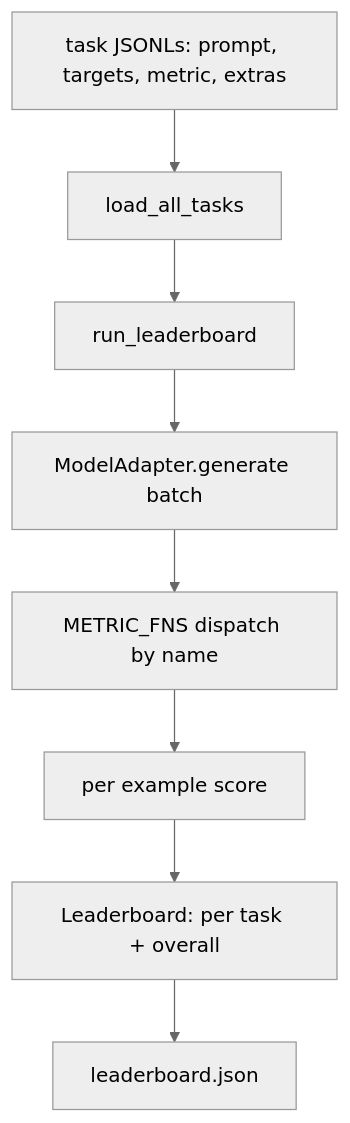
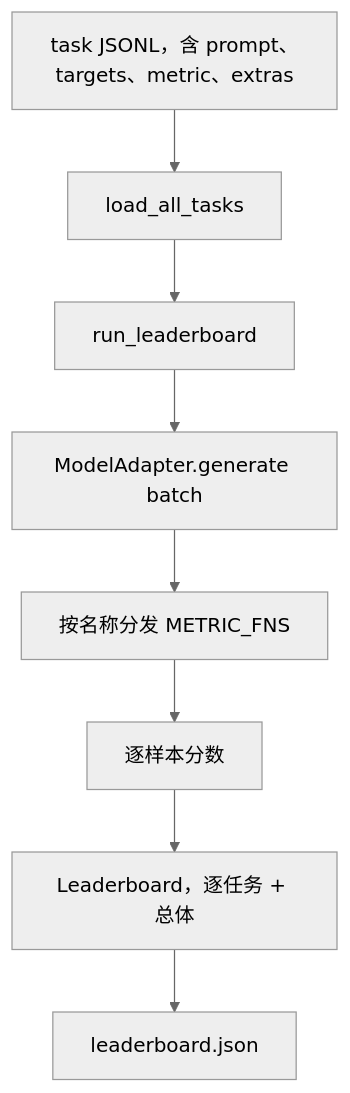
One commit to JerryC8080/ai-engineering-from-scratch-zh changed the first of 2 diagrams in phases/19-capstone-projects/49-lm-eval-harness/docs/zh.md. Above: the diagram before and after it, drawn with Mermaid (neutral theme). The commit also changed other lines of this file and 156 other files, not shown here.

First line of the commit message:
i18n(zh): translate mermaid diagram labels in 157 lesson zh.md

````diff
--- a/phases/19-capstone-projects/49-lm-eval-harness/docs/zh.md
+++ b/phases/19-capstone-projects/49-lm-eval-harness/docs/zh.md
@@ -29,10 +29,10 @@
 ```mermaid
 flowchart TD
-  tasks[task JSONLs: prompt, targets, metric, extras] --> loader[load_all_tasks]
+  tasks[task JSONL，含 prompt、targets、metric、extras] --> loader[load_all_tasks]
   loader --> runner[run_leaderboard]
   runner --> adapter[ModelAdapter.generate batch]
-  adapter --> metrics[METRIC_FNS dispatch by name]
-  metrics --> scores[per example score]
-  scores --> board[Leaderboard: per task + overall]
+  adapter --> metrics[按名称分发 METRIC_FNS]
+  metrics --> scores[逐样本分数]
+  scores --> board[Leaderboard，逐任务 + 总体]
   board --> out[leaderboard.json]
 ```
````
